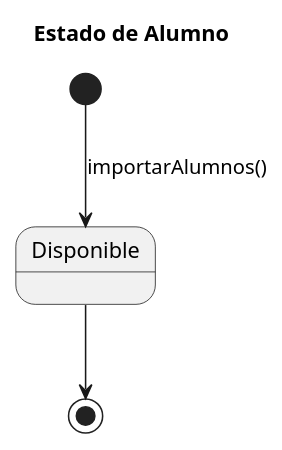
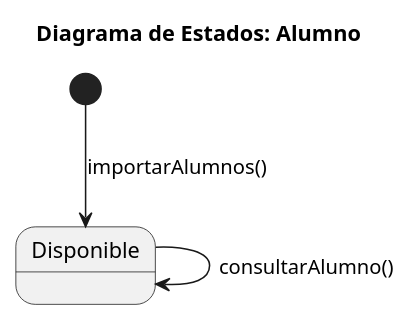
The diagram in documents/ModeloDelDominio/DiagramasDeEstado/Alumno/Alumno.puml (enmabry/25-26-IdSw1-SdR), drawn with PlantUML before and after one commit. The commit also changed 22 other files, not shown here.

```diff
--- a/documents/ModeloDelDominio/DiagramasDeEstado/Alumno/Alumno.puml
+++ b/documents/ModeloDelDominio/DiagramasDeEstado/Alumno/Alumno.puml
@@ -1,7 +1,8 @@
 @startuml EstadoAlumno
-title Estado de Alumno
+skinparam style strictuml
+title Diagrama de Estados: Alumno
 
 [*] --> Disponible : importarAlumnos()
 
-Disponible --> [*]
+Disponible --> Disponible : consultarAlumno()
 @enduml
```
